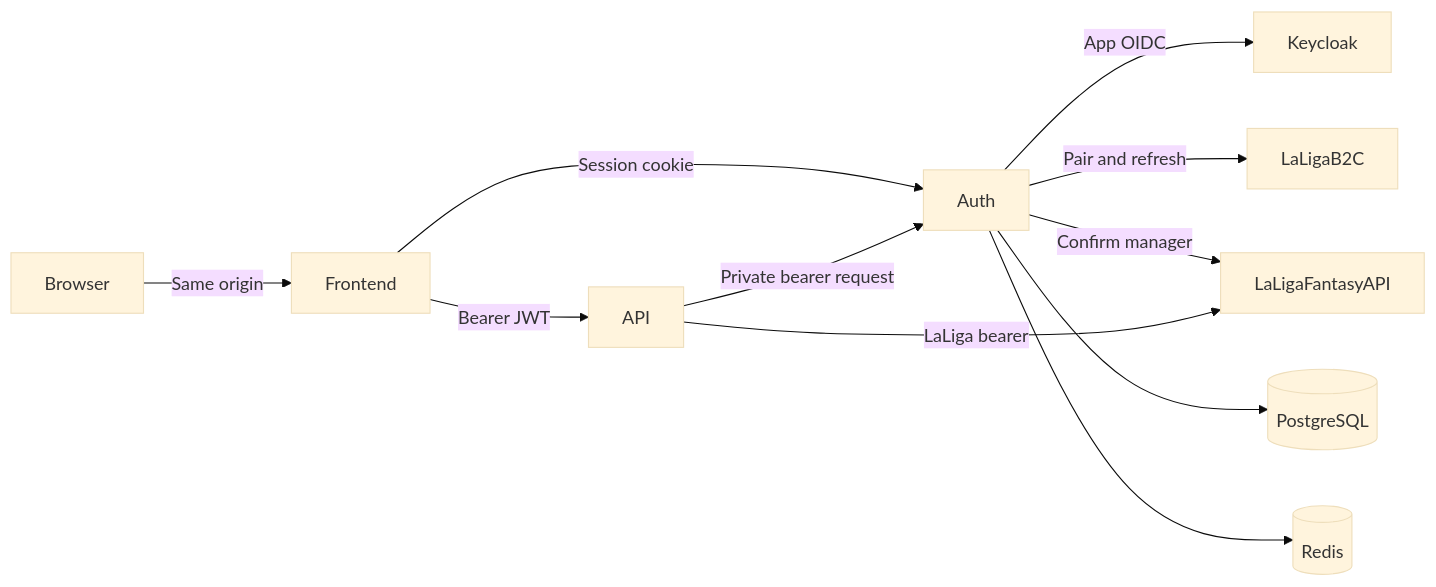
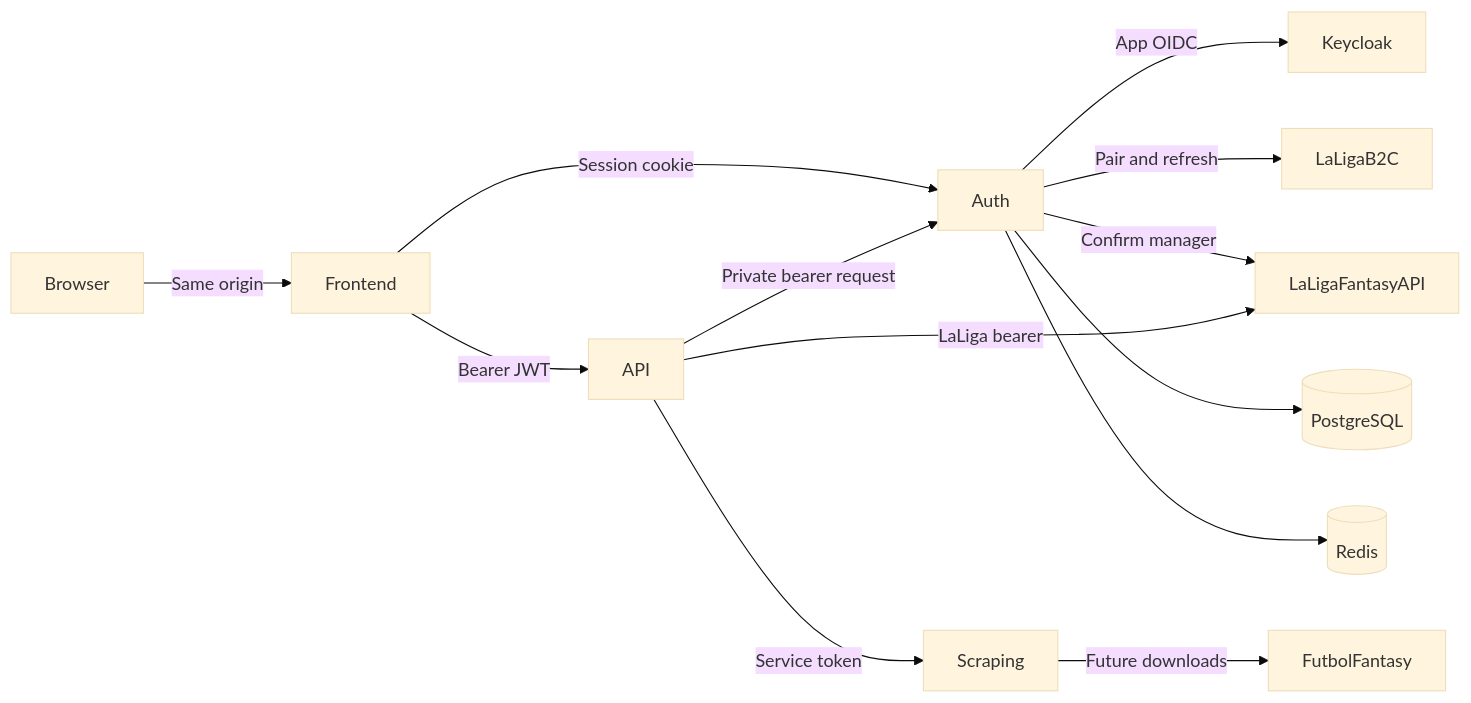
Before and after one commit to andreshere00/LaLiga-Fantasy-Builder: the first of 4 diagrams in docs/architecture.md, drawn with Mermaid (base theme). The commit also changed other lines of this file and 99 other files, not shown here.

First line of the commit message:
feat(scraping): parse saved FutbolFantasy pages offline

````diff
--- a/docs/architecture.md
+++ b/docs/architecture.md
@@ -24,23 +25,27 @@
 ```mermaid
 flowchart LR
     Browser[Browser]
     Web[Frontend]
     IdP[Keycloak]
     Auth[Auth]
     Api[API]
     Postgres[(PostgreSQL)]
     Redis[(Redis)]
     LaligaIdP[LaLigaB2C]
     LaligaApi[LaLigaFantasyAPI]
+    Scraping[Scraping]
+    FutbolFantasy[FutbolFantasy]
 
     Browser -->|Same origin| Web
     Web -->|Session cookie| Auth
     Web -->|Bearer JWT| Api
     Auth -->|App OIDC| IdP
     Auth -->|Pair and refresh| LaligaIdP
     Auth -->|Confirm manager| LaligaApi
     Api -->|Private bearer request| Auth
     Api -->|LaLiga bearer| LaligaApi
+    Api -->|Service token| Scraping
+    Scraping -->|Future downloads| FutbolFantasy
     Auth --> Postgres
     Auth --> Redis
 ```
````
